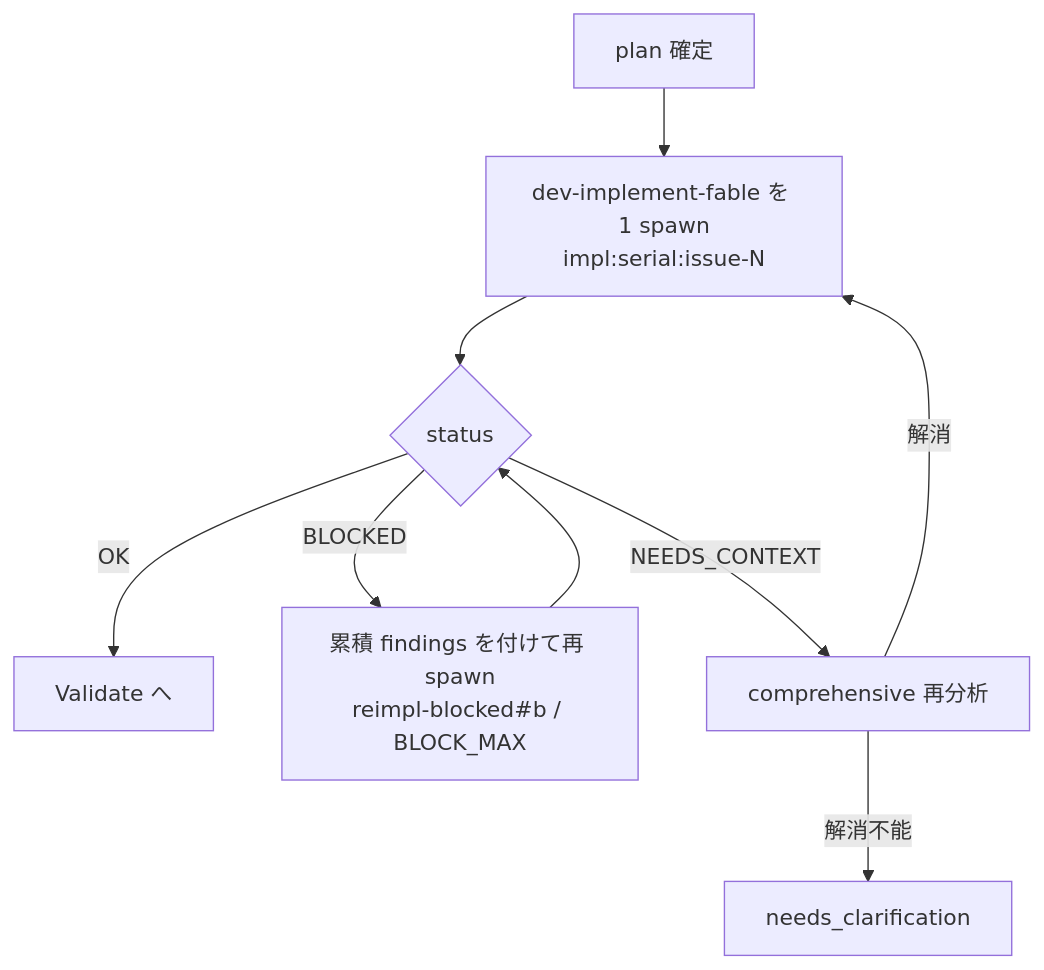
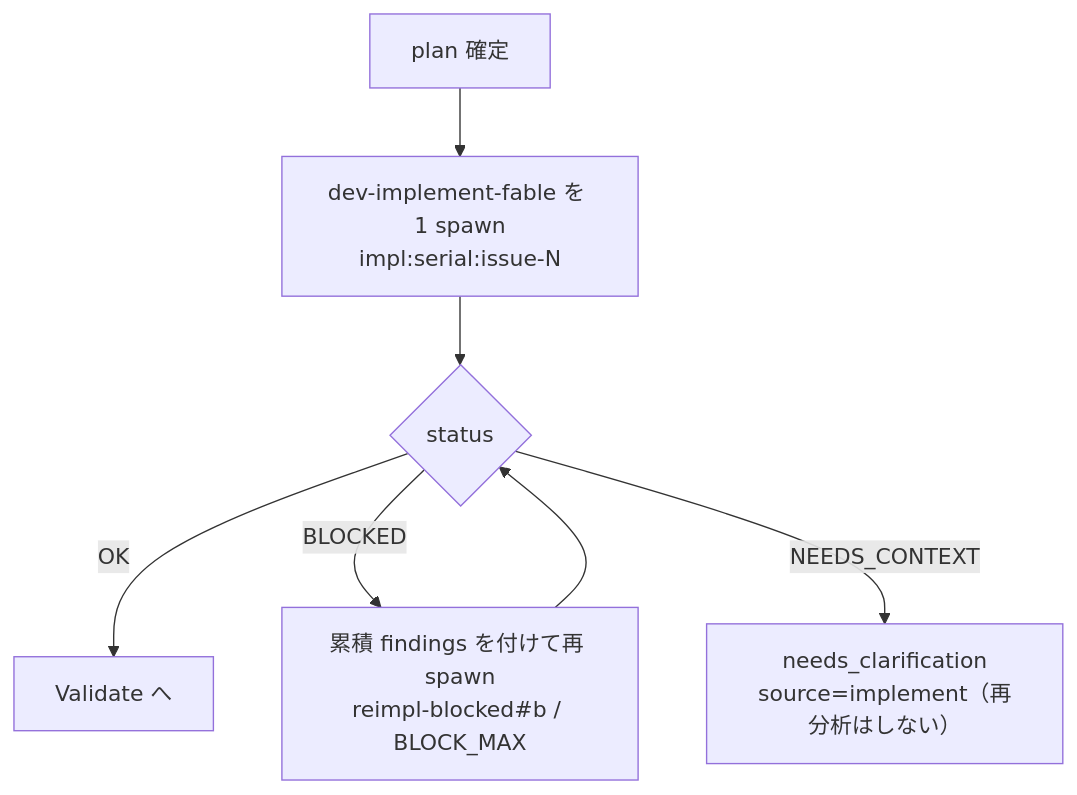
One commit to it-all-playpark/skills changed the fourth of 13 diagrams in docs/dev-flow-atlas.md. Above: the diagram before and after it, drawn with Mermaid. The commit also changed other lines of this file and 60 other files, not shown here.

Commit message:
refactor(dev-flow): Analyze を prerun の script 段（analyze-issue --contract + Jev 有界判定）へ移して deps install と並列化し、LLM 転写と捏造防止 probe 群（通常経路 spawn 2〜4 → 0）を撤去する (#690) (#692)

````diff
--- a/docs/dev-flow-atlas.md
+++ b/docs/dev-flow-atlas.md
@@ -120,11 +125,9 @@
 ```mermaid
 flowchart TD
     IN["plan 確定"] --> I1["dev-implement-fable を 1 spawn<br/>impl:serial:issue-N"]
     I1 --> I3{"status"}
     I3 -->|OK| OUT["Validate へ"]
     I3 -->|BLOCKED| I4["累積 findings を付けて再 spawn<br/>reimpl-blocked#b / BLOCK_MAX"]
     I4 --> I3
-    I3 -->|NEEDS_CONTEXT| I5["comprehensive 再分析"]
-    I5 -->|"解消"| I1
-    I5 -->|"解消不能"| NC["needs_clarification"]
+    I3 -->|NEEDS_CONTEXT| NC["needs_clarification<br/>source=implement（再分析はしない）"]
 ```
````
